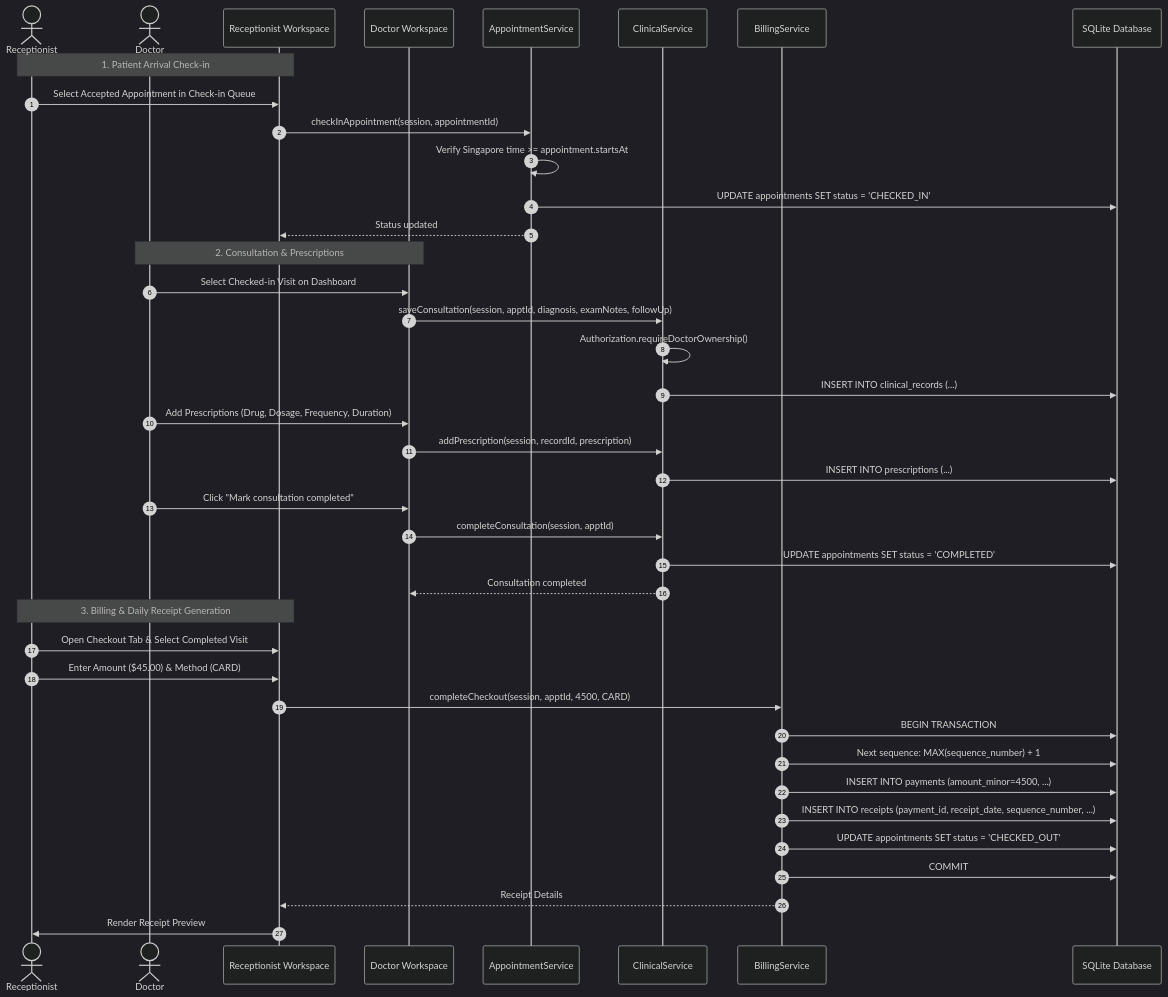
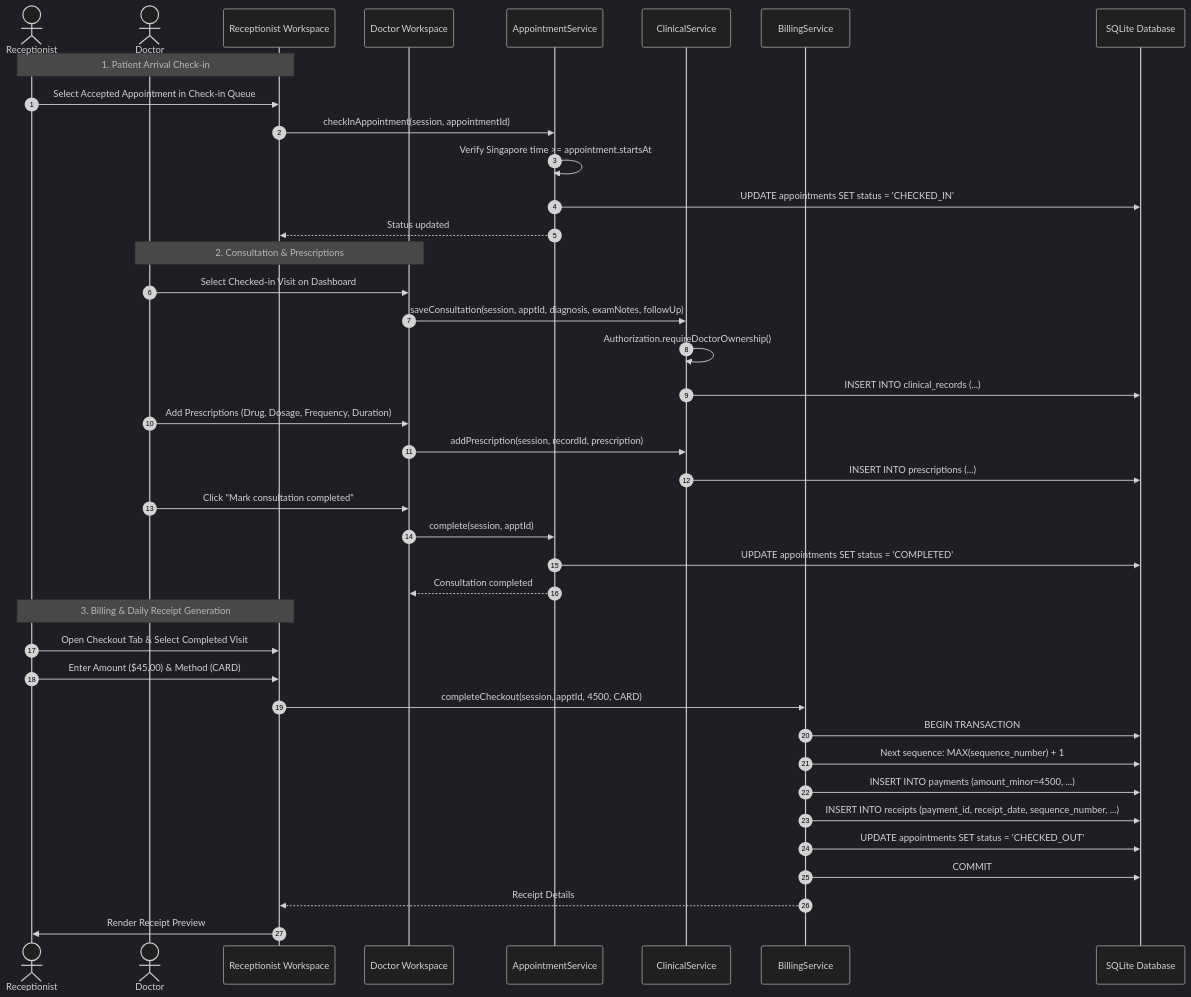
Before and after one commit to CS3227-2610-MP2-NUSynapxe/CS3227-2610-MP2: diagram 12 of 13 in docs/ArchitectureAndDesign.md, drawn with Mermaid (dark theme). The commit also changed other lines of this file and 2 other files, not shown here.

````diff
--- a/docs/ArchitectureAndDesign.md
+++ b/docs/ArchitectureAndDesign.md
@@ -547,45 +549,45 @@
 ```mermaid
 sequenceDiagram
     autonumber
     actor Receptionist
     actor Doctor
     participant UI_R as Receptionist Workspace
     participant UI_D as Doctor Workspace
     participant ApptSvc as AppointmentService
     participant ClinSvc as ClinicalService
     participant BillSvc as BillingService
     participant DB as SQLite Database
 
     Note over Receptionist, UI_R: 1. Patient Arrival Check-in
     Receptionist->>UI_R: Select Accepted Appointment in Check-in Queue
     UI_R->>ApptSvc: checkInAppointment(session, appointmentId)
     ApptSvc->>ApptSvc: Verify Singapore time >= appointment.startsAt
     ApptSvc->>DB: UPDATE appointments SET status = 'CHECKED_IN'
     ApptSvc-->>UI_R: Status updated
 
     Note over Doctor, UI_D: 2. Consultation & Prescriptions
     Doctor->>UI_D: Select Checked-in Visit on Dashboard
     UI_D->>ClinSvc: saveConsultation(session, apptId, diagnosis, examNotes, followUp)
     ClinSvc->>ClinSvc: Authorization.requireDoctorOwnership()
     ClinSvc->>DB: INSERT INTO clinical_records (...)
     Doctor->>UI_D: Add Prescriptions (Drug, Dosage, Frequency, Duration)
     UI_D->>ClinSvc: addPrescription(session, recordId, prescription)
     ClinSvc->>DB: INSERT INTO prescriptions (...)
     Doctor->>UI_D: Click "Mark consultation completed"
-    UI_D->>ClinSvc: completeConsultation(session, apptId)
-    ClinSvc->>DB: UPDATE appointments SET status = 'COMPLETED'
-    ClinSvc-->>UI_D: Consultation completed
+    UI_D->>ApptSvc: complete(session, apptId)
+    ApptSvc->>DB: UPDATE appointments SET status = 'COMPLETED'
+    ApptSvc-->>UI_D: Consultation completed
 
     Note over Receptionist, UI_R: 3. Billing & Daily Receipt Generation
     Receptionist->>UI_R: Open Checkout Tab & Select Completed Visit
     Receptionist->>UI_R: Enter Amount ($45.00) & Method (CARD)
     UI_R->>BillSvc: completeCheckout(session, apptId, 4500, CARD)
     BillSvc->>DB: BEGIN TRANSACTION
     BillSvc->>DB: Next sequence: MAX(sequence_number) + 1
     BillSvc->>DB: INSERT INTO payments (amount_minor=4500, ...)
     BillSvc->>DB: INSERT INTO receipts (payment_id, receipt_date, sequence_number, ...)
     BillSvc->>DB: UPDATE appointments SET status = 'CHECKED_OUT'
     BillSvc->>DB: COMMIT
     BillSvc-->>UI_R: Receipt Details
     UI_R->>Receptionist: Render Receipt Preview
 ```
````
